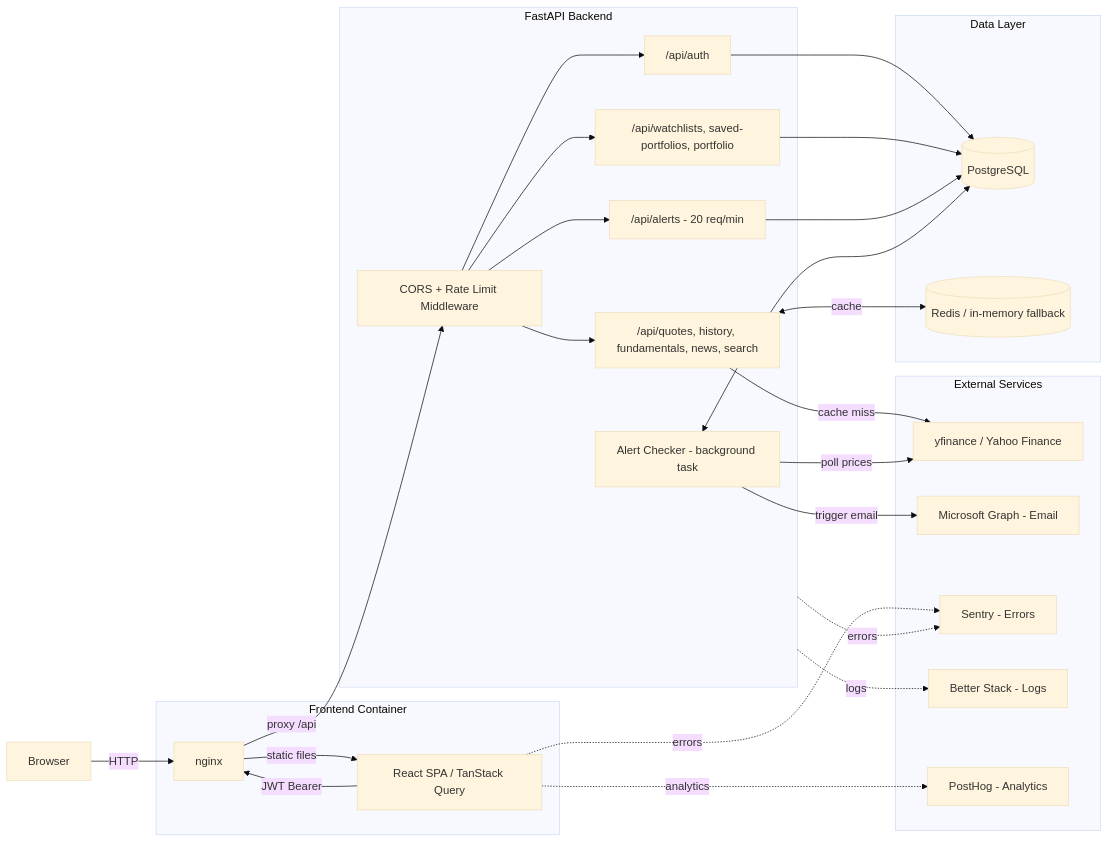
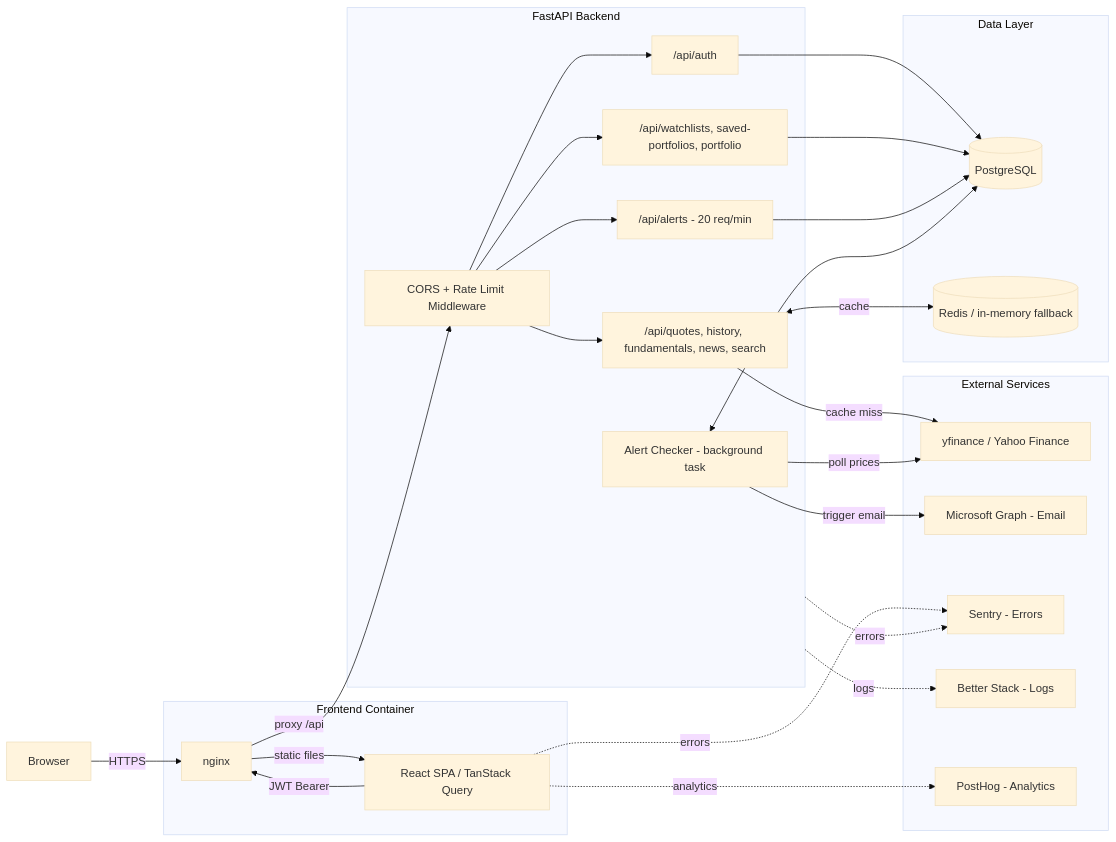
One commit to digitalDG/findash changed the diagram in README.md. Above: the diagram before and after it, drawn with Mermaid (base theme).

Commit message:
docs: correct Browser->nginx label from HTTP to HTTPS

````diff
--- a/README.md
+++ b/README.md
@@ -47,52 +47,52 @@
 ```mermaid
 flowchart LR
     Browser["Browser"]
 
     subgraph FC["Frontend Container"]
         NG["nginx"]
         FE["React SPA / TanStack Query"]
     end
 
     subgraph BE["FastAPI Backend"]
         MW["CORS + Rate Limit Middleware"]
         AUTH["/api/auth"]
         MKT["/api/quotes, history, fundamentals, news, search"]
         DATA["/api/watchlists, saved-portfolios, portfolio"]
         ALT["/api/alerts - 20 req/min"]
         BGK["Alert Checker - background task"]
     end
 
     subgraph DL["Data Layer"]
         PG[("PostgreSQL")]
         RD[("Redis / in-memory fallback")]
     end
 
     subgraph EXT["External Services"]
         YF["yfinance / Yahoo Finance"]
         MSG["Microsoft Graph - Email"]
         SNT["Sentry - Errors"]
         BST["Better Stack - Logs"]
         PHG["PostHog - Analytics"]
     end
 
-    Browser -->|HTTP| NG
+    Browser -->|HTTPS| NG
     NG -->|static files| FE
     NG -->|proxy /api| MW
     FE -->|JWT Bearer| NG
     MW --> AUTH
     MW --> MKT
     MW --> DATA
     MW --> ALT
     AUTH --> PG
     DATA --> PG
     ALT --> PG
     MKT <-->|cache| RD
     MKT -->|cache miss| YF
     BGK -->|poll prices| YF
     BGK <--> PG
     BGK -->|trigger email| MSG
     BE -.->|errors| SNT
     BE -.->|logs| BST
     FE -.->|errors| SNT
     FE -.->|analytics| PHG
 ```
````
